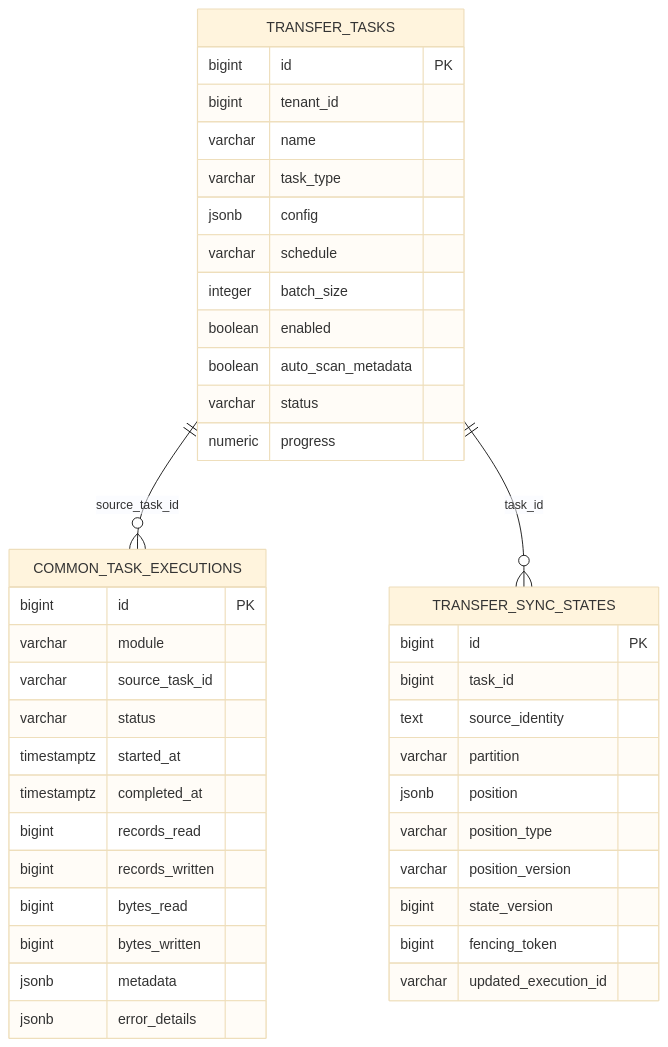
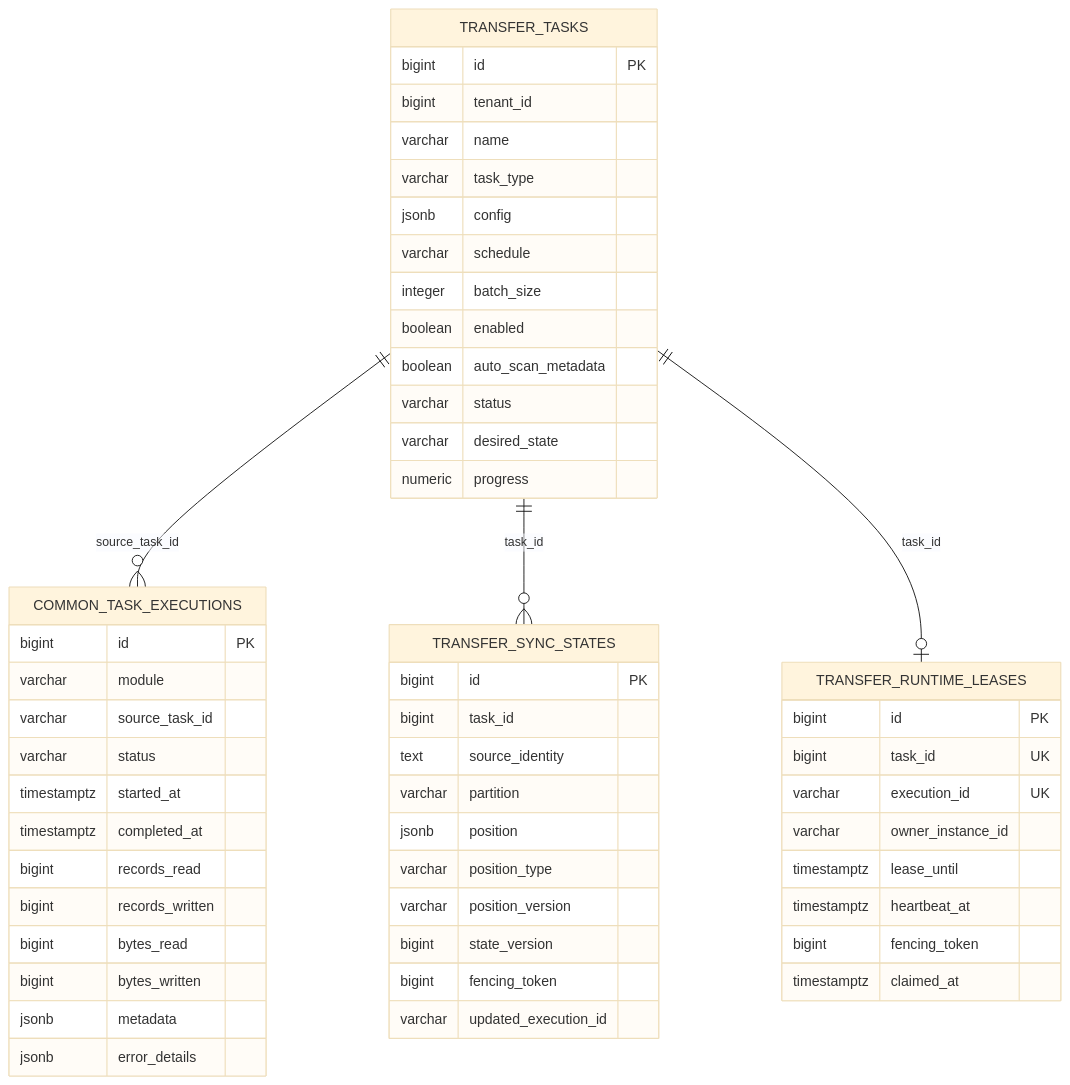
The diagram in transfer/docs/数据库架构.md (pampa0629/addp), drawn with Mermaid (base theme) before and after one commit. The commit also changed other lines of this file and 291 other files, not shown here.

````diff
--- a/transfer/docs/数据库架构.md
+++ b/transfer/docs/数据库架构.md
@@ -19,44 +20,56 @@
 ```mermaid
 erDiagram
     TRANSFER_TASKS ||--o{ COMMON_TASK_EXECUTIONS : "source_task_id"
     TRANSFER_TASKS ||--o{ TRANSFER_SYNC_STATES : "task_id"
+    TRANSFER_TASKS ||--o| TRANSFER_RUNTIME_LEASES : "task_id"
     TRANSFER_TASKS {
         bigint id PK
         bigint tenant_id
         varchar name
         varchar task_type
         jsonb config
         varchar schedule
         integer batch_size
         boolean enabled
         boolean auto_scan_metadata
         varchar status
+        varchar desired_state
         numeric progress
     }
     COMMON_TASK_EXECUTIONS {
         bigint id PK
         varchar module
         varchar source_task_id
         varchar status
         timestamptz started_at
         timestamptz completed_at
         bigint records_read
         bigint records_written
         bigint bytes_read
         bigint bytes_written
         jsonb metadata
         jsonb error_details
     }
     TRANSFER_SYNC_STATES {
         bigint id PK
         bigint task_id
         text source_identity
         varchar partition
         jsonb position
         varchar position_type
         varchar position_version
         bigint state_version
         bigint fencing_token
         varchar updated_execution_id
     }
+    TRANSFER_RUNTIME_LEASES {
+        bigint id PK
+        bigint task_id UK
+        varchar execution_id UK
+        varchar owner_instance_id
+        timestamptz lease_until
+        timestamptz heartbeat_at
+        bigint fencing_token
+        timestamptz claimed_at
+    }
 ```
````
